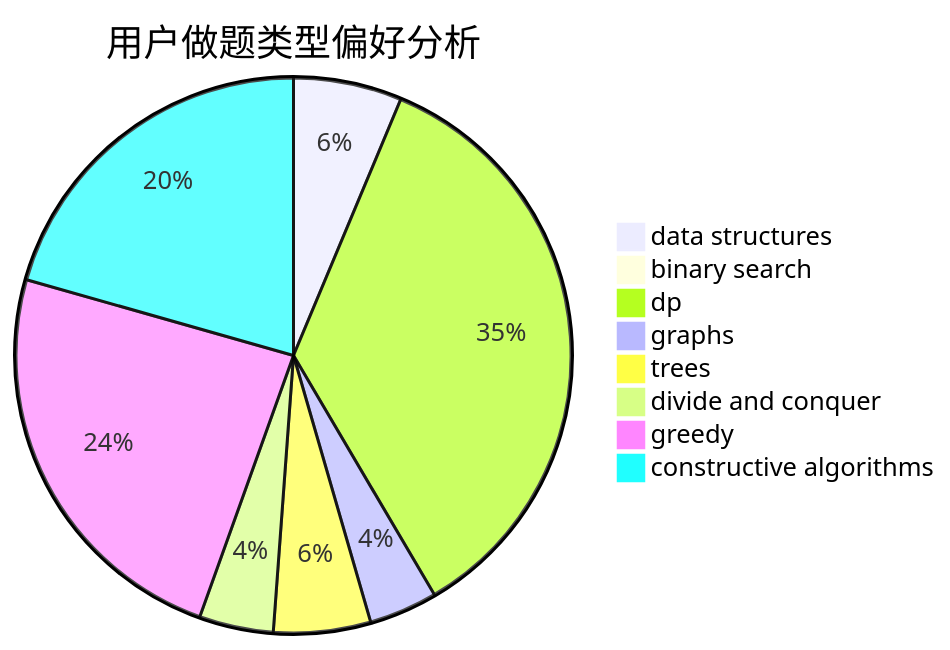
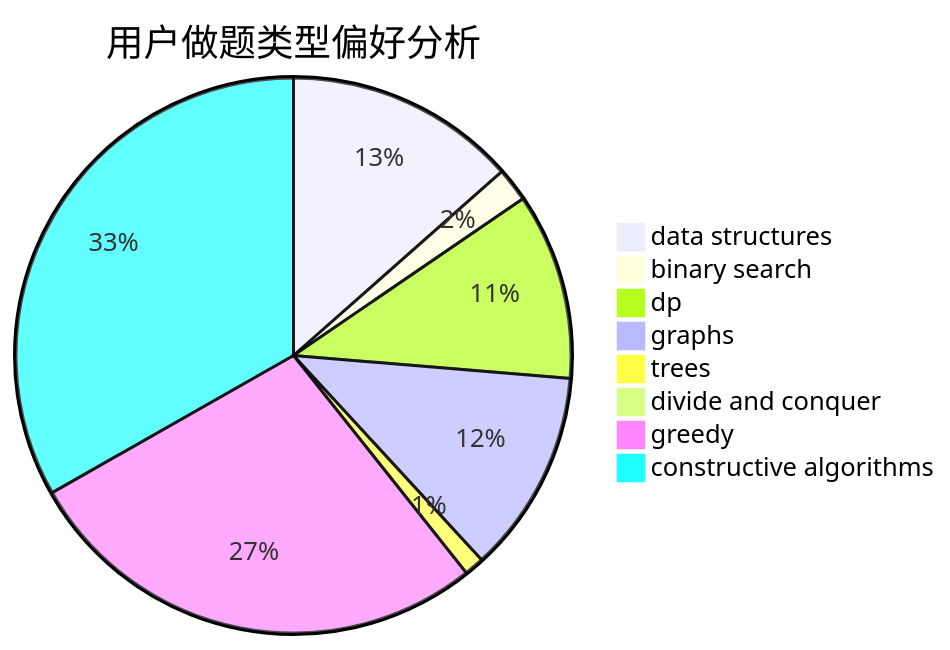
Before and after one commit to sherpahu/cfrs.github.io: the second of 3 diagrams in docs/user/u2322.md, drawn with Mermaid. The commit also changed other lines of this file and 2770 other files, not shown here.

````diff
--- a/docs/user/u2322.md
+++ b/docs/user/u2322.md
@@ -23,11 +23,11 @@
 ```mermaid
 pie title 用户做题类型偏好分析
-    "data structures" :  19
-    "binary search" :  3
-    "dp" :  106
-    "graphs" :  12
-    "trees" :  17
-    "divide and conquer" :  13
-    "greedy" :  72
-    "constructive algorithms" :  62
+    "data structures" :  82
+    "binary search" :  12
+    "dp" :  66
+    "graphs" :  72
+    "trees" :  7
+    "divide and conquer" :  1
+    "greedy" :  167
+    "constructive algorithms" :  202
 ```
````
